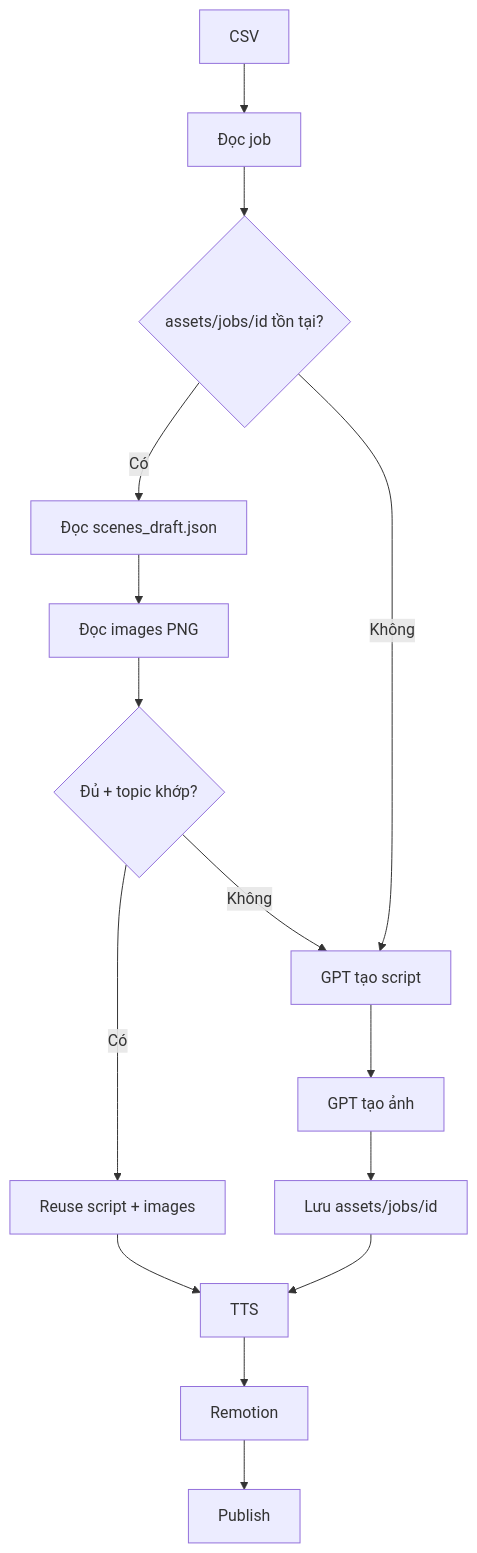
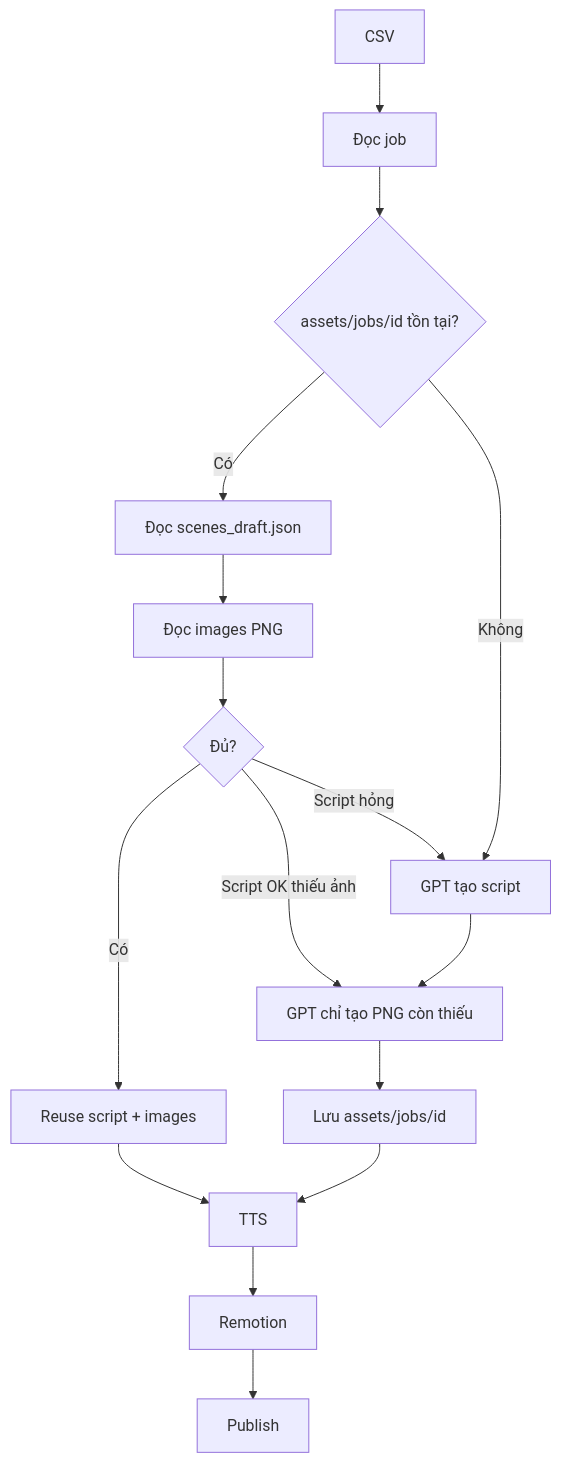
Before and after one commit to ducanh12980/Short-form-content-generator: the second of 2 diagrams in docs/architecture/overview.md, drawn with Mermaid. The commit also changed 7 other files, not shown here.

````diff
--- a/docs/architecture/overview.md
+++ b/docs/architecture/overview.md
@@ -59,17 +59,18 @@
 ```mermaid
 flowchart TD
   csv[CSV] --> readJob[Đọc job]
   readJob --> exists{"assets/jobs/id tồn tại?"}
   exists -->|Có| readDraft[Đọc scenes_draft.json]
   readDraft --> readImgs[Đọc images PNG]
-  readImgs --> enough{"Đủ + topic khớp?"}
+  readImgs --> enough{"Đủ?"}
   enough -->|Có| reuse[Reuse script + images]
-  enough -->|Không| gptScript[GPT tạo script]
+  enough -->|Script OK thiếu ảnh| fill[GPT chỉ tạo PNG còn thiếu]
+  enough -->|Script hỏng| gptScript[GPT tạo script]
   exists -->|Không| gptScript
-  gptScript --> gptImg[GPT tạo ảnh]
-  gptImg --> save[Lưu assets/jobs/id]
+  gptScript --> fill
+  fill --> save[Lưu assets/jobs/id]
   reuse --> tts[TTS]
   save --> tts
   tts --> remotion[Remotion]
   remotion --> publish[Publish]
 ```
````
